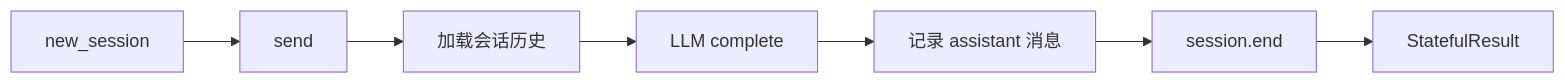
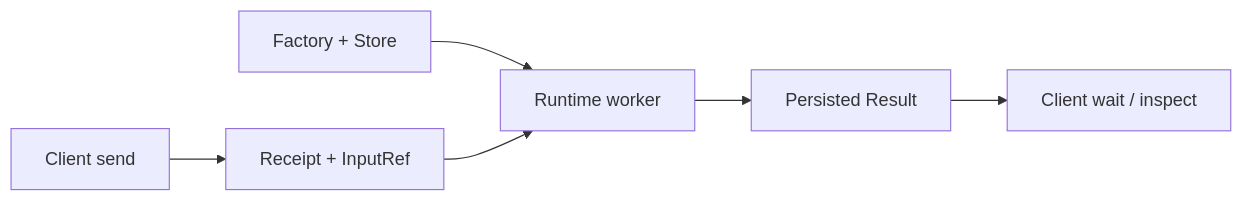
One commit to PL-play/power-loop changed the diagram in docs/zh/getting-started.md. Above: the diagram before and after it, drawn with Mermaid. The commit also changed other lines of this file and 529 other files, not shown here.

````diff
--- a/docs/zh/getting-started.md
+++ b/docs/zh/getting-started.md
@@ -76,9 +13,8 @@
 ```mermaid
 flowchart LR
-    A[new_session] --> B[send]
-    B --> C[加载会话历史]
-    C --> D[LLM complete]
-    D --> E[记录 assistant 消息]
-    E --> F[session.end]
-    F --> G[StatefulResult]
+  F[Factory + Store] --> W[Runtime worker]
+  C[Client send] --> R[Receipt + InputRef]
+  R --> W
+  W --> P[Persisted Result]
+  P --> Q[Client wait / inspect]
 ```
````
